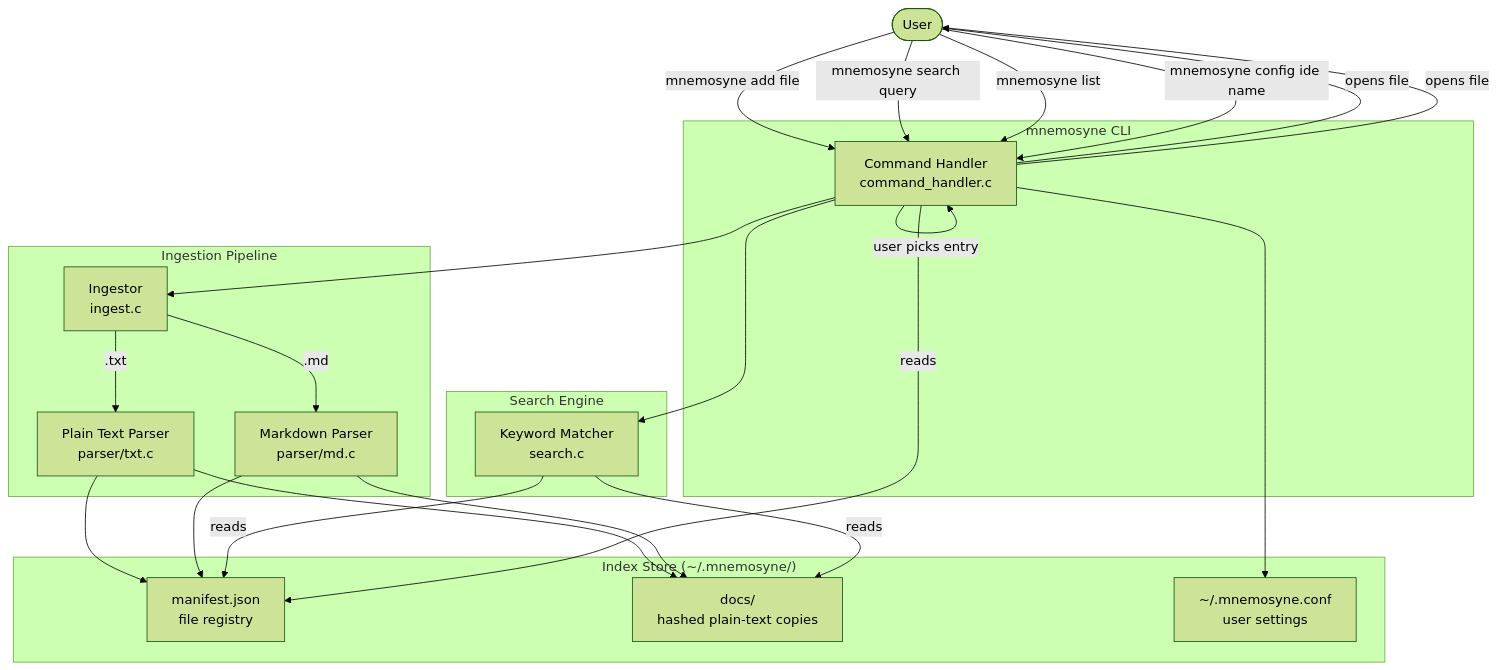
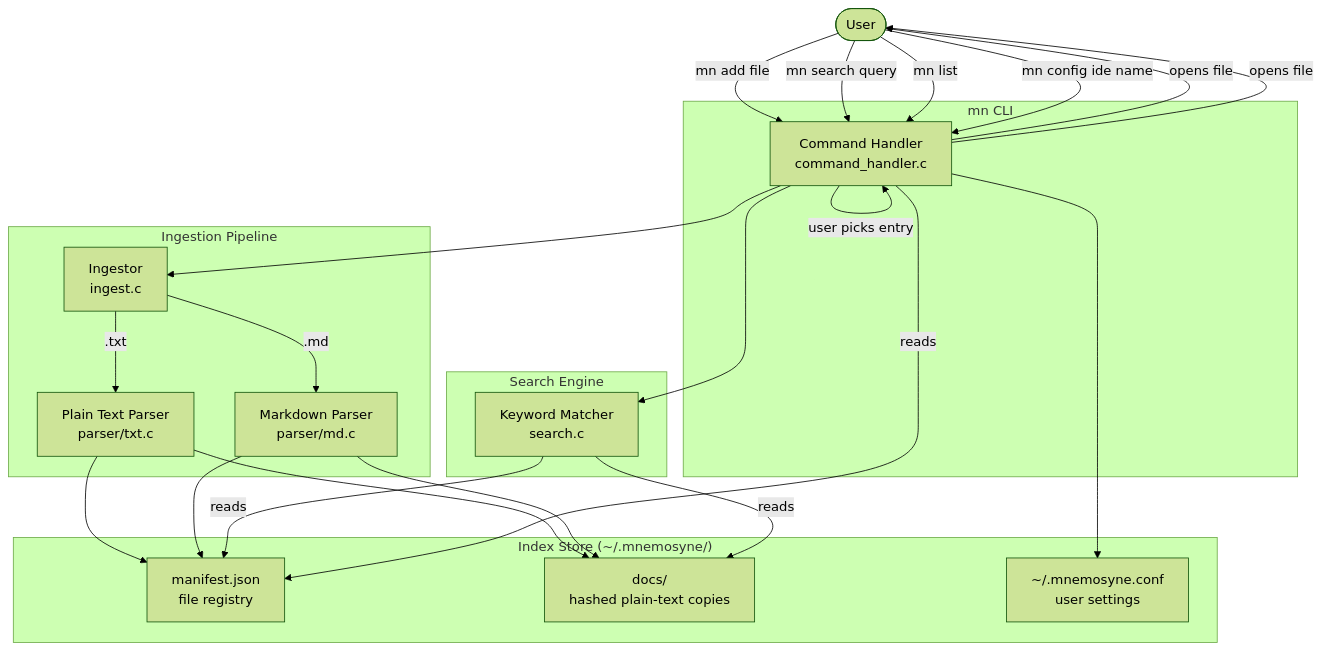
The diagram in documentation/structure.md (WayneCh0y/Mnemosyne), drawn with Mermaid (forest theme) before and after one commit. The commit also changed 11 other files, not shown here.

````diff
--- a/documentation/structure.md
+++ b/documentation/structure.md
@@ -11,46 +11,46 @@
 ```mermaid
 graph TD
     User([User])
 
-    subgraph CLI ["mnemosyne CLI"]
+    subgraph CLI ["mn CLI"]
         CMD[Command Handler\ncommand_handler.c]
     end
 
     subgraph Ingestion ["Ingestion Pipeline"]
         ING[Ingestor\ningest.c]
         P_TXT[Plain Text Parser\nparser/txt.c]
         P_MD[Markdown Parser\nparser/md.c]
     end
 
     subgraph Storage ["Index Store (~/.mnemosyne/)"]
         MANIFEST[manifest.json\nfile registry]
         DOCS[docs/\nhashed plain-text copies]
         CONF[~/.mnemosyne.conf\nuser settings]
     end
 
     subgraph Search ["Search Engine"]
         SE[Keyword Matcher\nsearch.c]
     end
 
-    User -- "mnemosyne add file" --> CMD
+    User -- "mn add file" --> CMD
     CMD --> ING
     ING -- ".txt" --> P_TXT
     ING -- ".md" --> P_MD
     P_TXT & P_MD --> MANIFEST
     P_TXT & P_MD --> DOCS
 
-    User -- "mnemosyne search query" --> CMD
+    User -- "mn search query" --> CMD
     CMD --> SE
     SE -- reads --> DOCS
     SE -- reads --> MANIFEST
     CMD -- "user picks result" --> CMD
     CMD -- opens file --> User
 
-    User -- "mnemosyne list" --> CMD
+    User -- "mn list" --> CMD
     CMD -- reads --> MANIFEST
     CMD -- "user picks entry" --> CMD
     CMD -- opens file --> User
 
-    User -- "mnemosyne config ide name" --> CMD
+    User -- "mn config ide name" --> CMD
     CMD --> CONF
 ```
````
